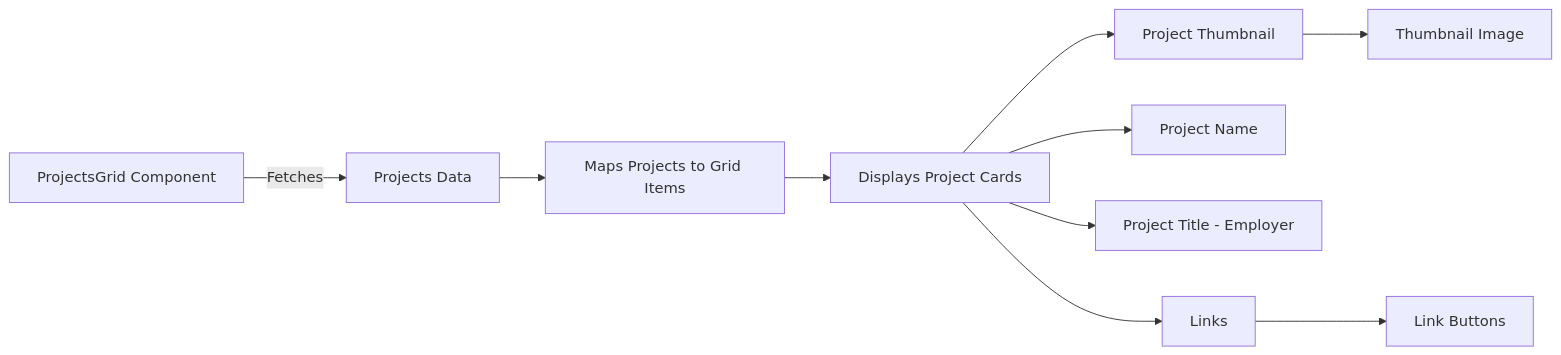
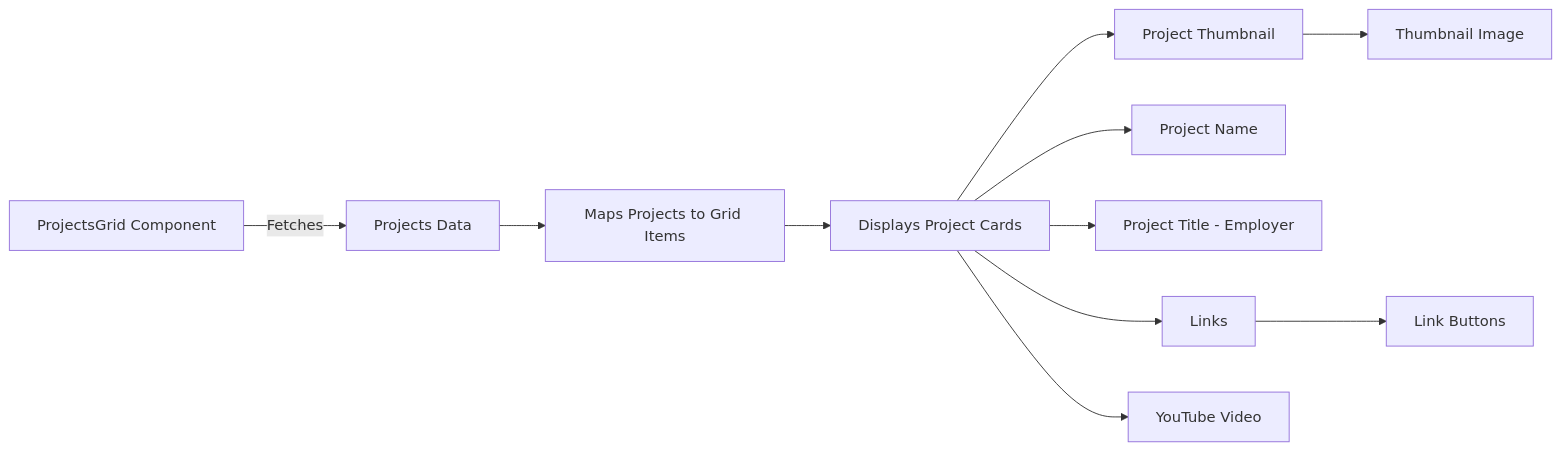
One commit to AlexJSully/AlexJSully-Portfolio changed the diagram in docs/components/projects.md. Above: the diagram before and after it, drawn with Mermaid. The commit also changed other lines of this file and 8 other files, not shown here.

First line of the commit message:
[feature] Added a YouTube video to play on certain projects (#515)

````diff
--- a/docs/components/projects.md
+++ b/docs/components/projects.md
@@ -19,12 +19,13 @@
 ```mermaid
 flowchart LR
     A[ProjectsGrid Component] -->|Fetches| B[Projects Data]
     B --> C[Maps Projects to Grid Items]
     C --> D[Displays Project Cards]
     D --> E[Project Thumbnail]
     D --> F[Project Name]
     D --> G[Project Title - Employer]
     D --> I[Links]
     E --> J[Thumbnail Image]
     I --> K[Link Buttons]
+    D --> L[YouTube Video]
 ```
````
